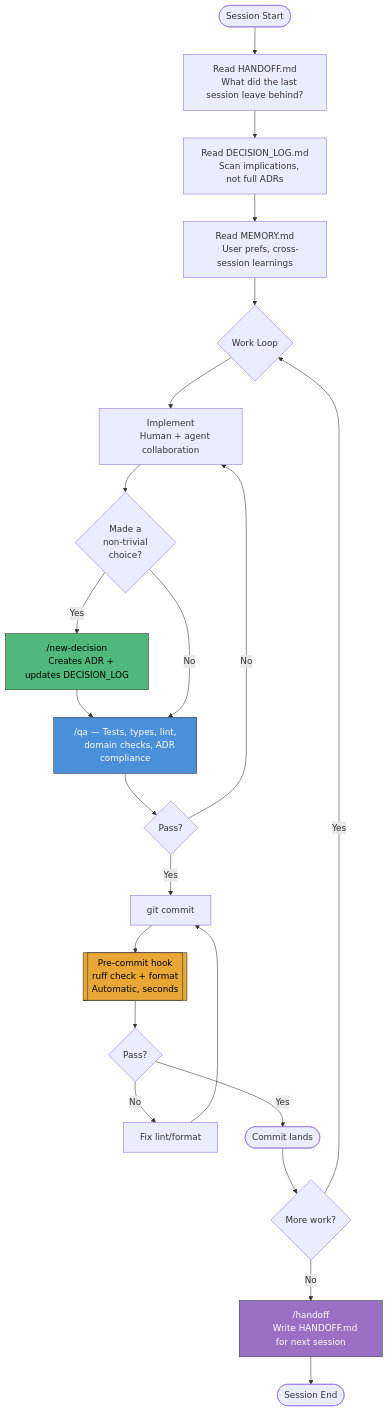
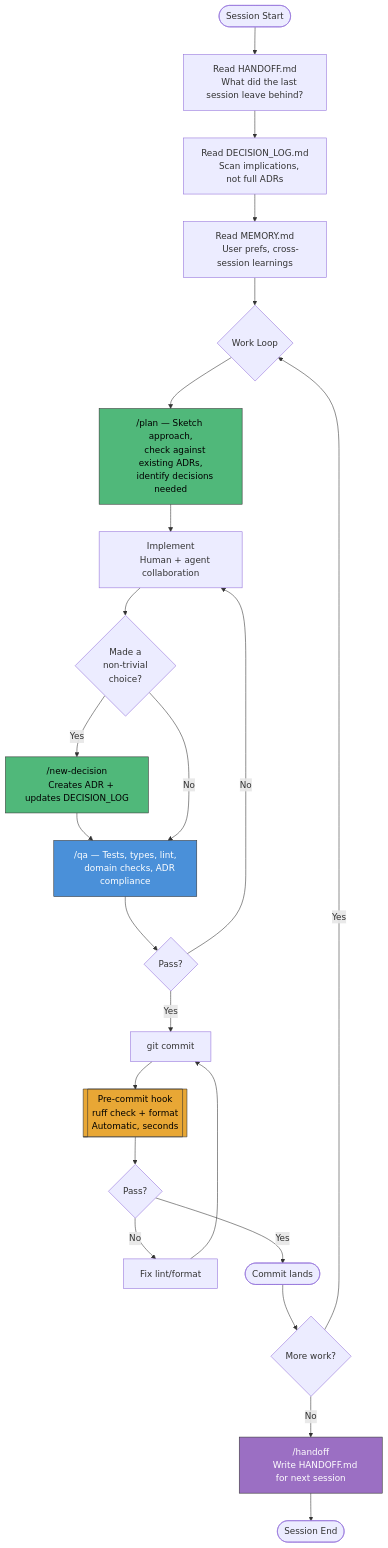
The first of 4 diagrams in docs/FRAMEWORK_DIAGRAM.md (maxpowers1/av1-tui-starter), drawn with Mermaid before and after one commit. The commit also changed other lines of this file and 3 other files, not shown here.

First line of the commit message:
feat(framework): add /plan command for pre-implementation architecture review

````diff
--- a/docs/FRAMEWORK_DIAGRAM.md
+++ b/docs/FRAMEWORK_DIAGRAM.md
@@ -7,44 +7,48 @@
 ```mermaid
 flowchart TD
     START([Session Start]) --> READ_HANDOFF["Read HANDOFF.md
     What did the last session leave behind?"]
     READ_HANDOFF --> READ_LOG["Read DECISION_LOG.md
     Scan implications, not full ADRs"]
     READ_LOG --> READ_MEMORY["Read MEMORY.md
     User prefs, cross-session learnings"]
     READ_MEMORY --> WORK{Work Loop}
 
-    WORK --> IMPLEMENT["Implement
+    WORK --> PLAN["/plan — Sketch approach,
+    check against existing ADRs,
+    identify decisions needed"]
+    PLAN --> IMPLEMENT["Implement
     Human + agent collaboration"]
     IMPLEMENT --> DECISION{"Made a
     non-trivial
     choice?"}
     DECISION -->|Yes| NEW_DECISION["/new-decision
     Creates ADR + updates DECISION_LOG"]
     NEW_DECISION --> QA
     DECISION -->|No| QA
 
     QA["/qa — Tests, types, lint,
     domain checks, ADR compliance"]
     QA --> QA_PASS{Pass?}
     QA_PASS -->|No| IMPLEMENT
     QA_PASS -->|Yes| COMMIT
 
     COMMIT[git commit] --> HOOK[["Pre-commit hook
     ruff check + format
     Automatic, seconds"]]
     HOOK --> HOOK_PASS{Pass?}
     HOOK_PASS -->|No| FIX_LINT[Fix lint/format] --> COMMIT
     HOOK_PASS -->|Yes| COMMITTED([Commit lands])
 
     COMMITTED --> MORE{More work?}
     MORE -->|Yes| WORK
     MORE -->|No| HANDOFF["/handoff
     Write HANDOFF.md for next session"]
     HANDOFF --> END([Session End])
 
+    style PLAN fill:#50b87a,stroke:#333,color:#000
     style HOOK fill:#e8a735,stroke:#333,color:#000
     style QA fill:#4a90d9,stroke:#333,color:#fff
     style NEW_DECISION fill:#50b87a,stroke:#333,color:#000
     style HANDOFF fill:#9b6fc3,stroke:#333,color:#fff
 ```
````
